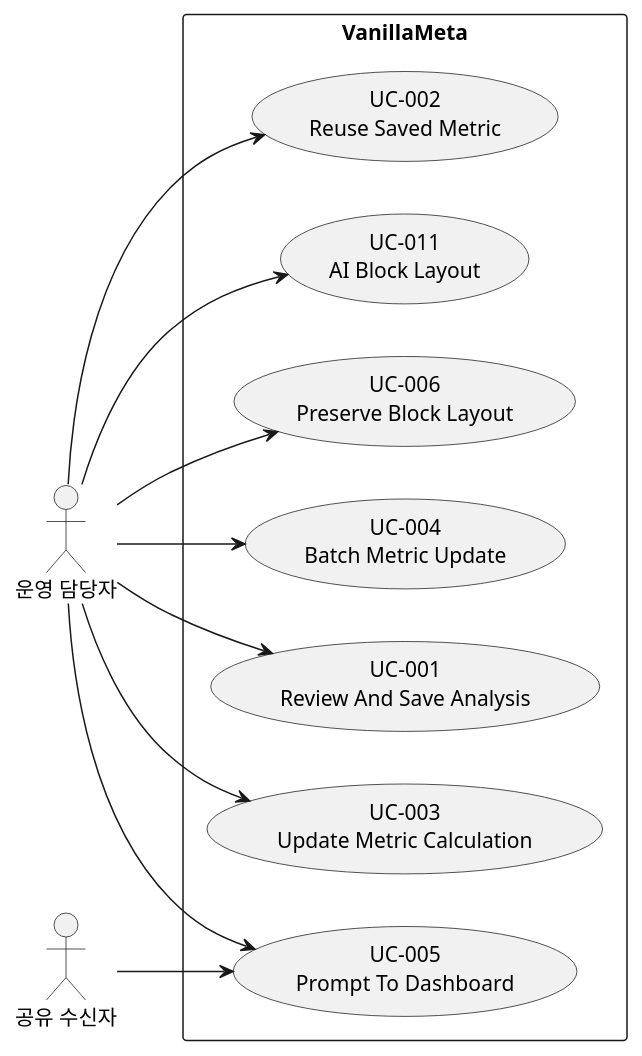
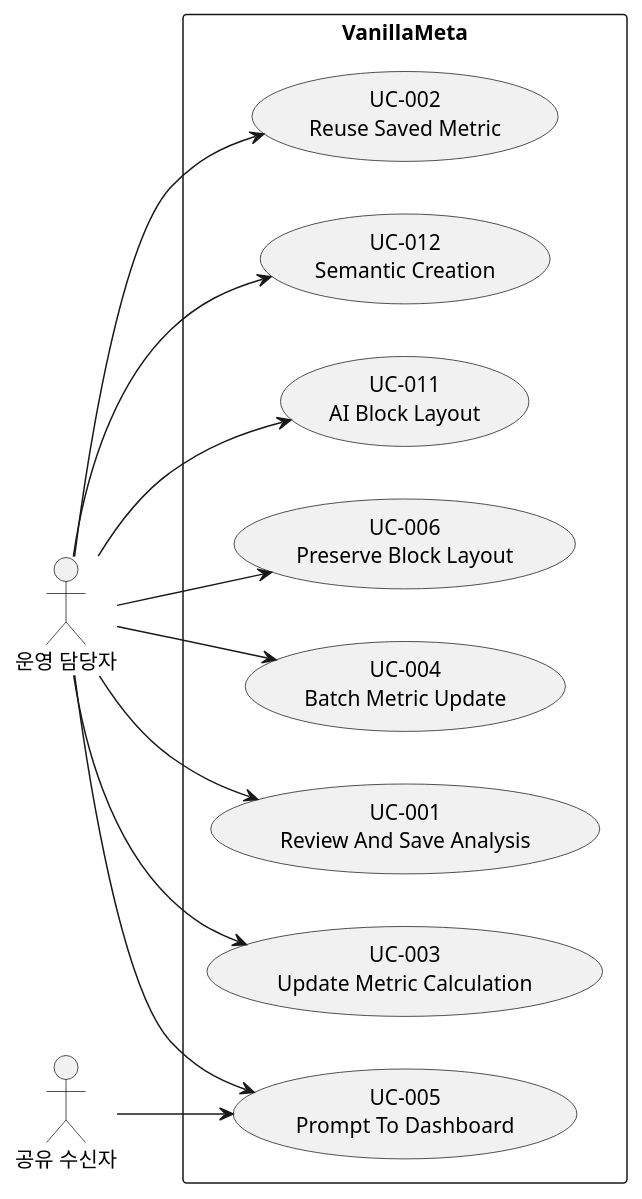
One commit to vanillabrain/vanillameta changed the diagram in docs/use_cases.puml. Above: the diagram before and after it, drawn with PlantUML. The commit also changed 10 other files, not shown here.

```diff
--- a/docs/use_cases.puml
+++ b/docs/use_cases.puml
@@ -1,22 +1,24 @@
 @startuml
 left to right direction
 actor "운영 담당자" as operator
 rectangle "VanillaMeta" {
+ usecase "UC-012\nSemantic Creation" as UC012
  usecase "UC-011\nAI Block Layout" as UC011
  usecase "UC-006\nPreserve Block Layout" as UC006
  usecase "UC-005\nPrompt To Dashboard" as UC005
  usecase "UC-004\nBatch Metric Update" as UC004
  usecase "UC-001\nReview And Save Analysis" as UC001
  usecase "UC-003\nUpdate Metric Calculation" as UC003
  usecase "UC-002\nReuse Saved Metric" as UC002
 }
+operator --> UC012
 operator --> UC011
 operator --> UC006
 operator --> UC005
 actor "공유 수신자" as recipient
 recipient --> UC005
 operator --> UC004
 operator --> UC003
 operator --> UC002
 operator --> UC001
 @enduml
```
